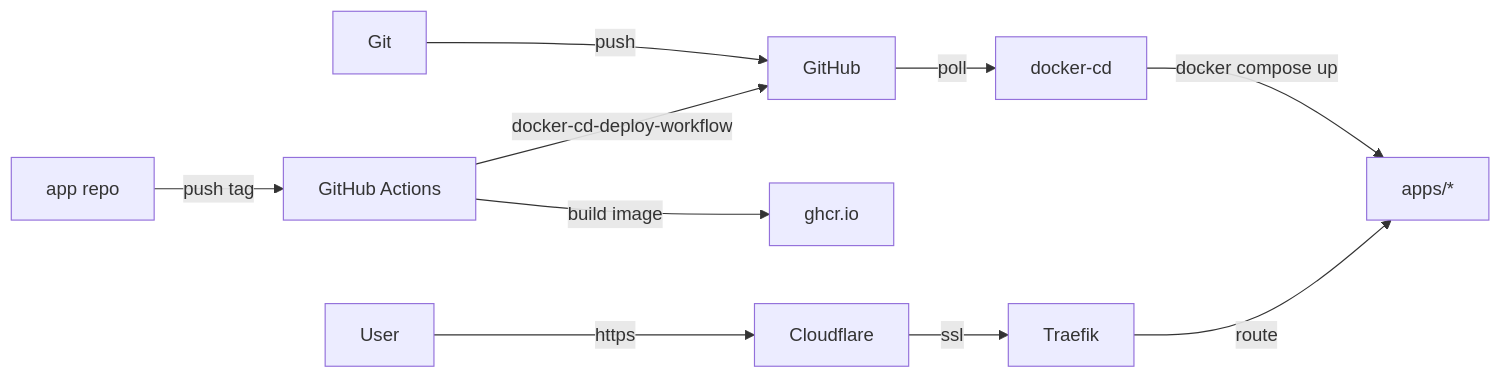
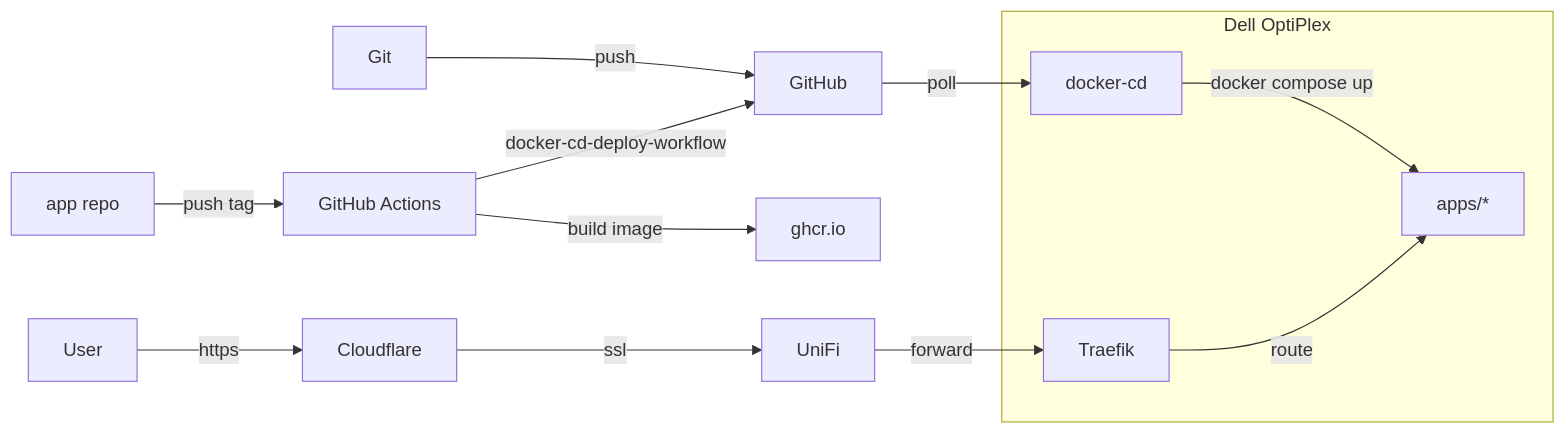
Before and after one commit to wajeht/home-ops: the diagram in README.md, drawn with Mermaid.

Commit message:
docs: clarify network path to services

````diff
--- a/README.md
+++ b/README.md
@@ -17,8 +17,13 @@
 ```mermaid
 flowchart LR
     Git -->|push| GitHub -->|poll| docker-cd
     docker-cd -->|docker compose up| Apps[apps/*]
     AppRepo[app repo] -->|push tag| Actions[GitHub Actions] -->|build image| GHCR[ghcr.io]
     Actions -->|docker-cd-deploy-workflow| GitHub
-    User -->|https| Cloudflare -->|ssl| Traefik -->|route| Apps
+    User -->|https| Cloudflare -->|ssl| UniFi -->|forward| Traefik -->|route| Apps
+    subgraph Dell[Dell OptiPlex]
+        docker-cd
+        Traefik
+        Apps
+    end
 ```
````
